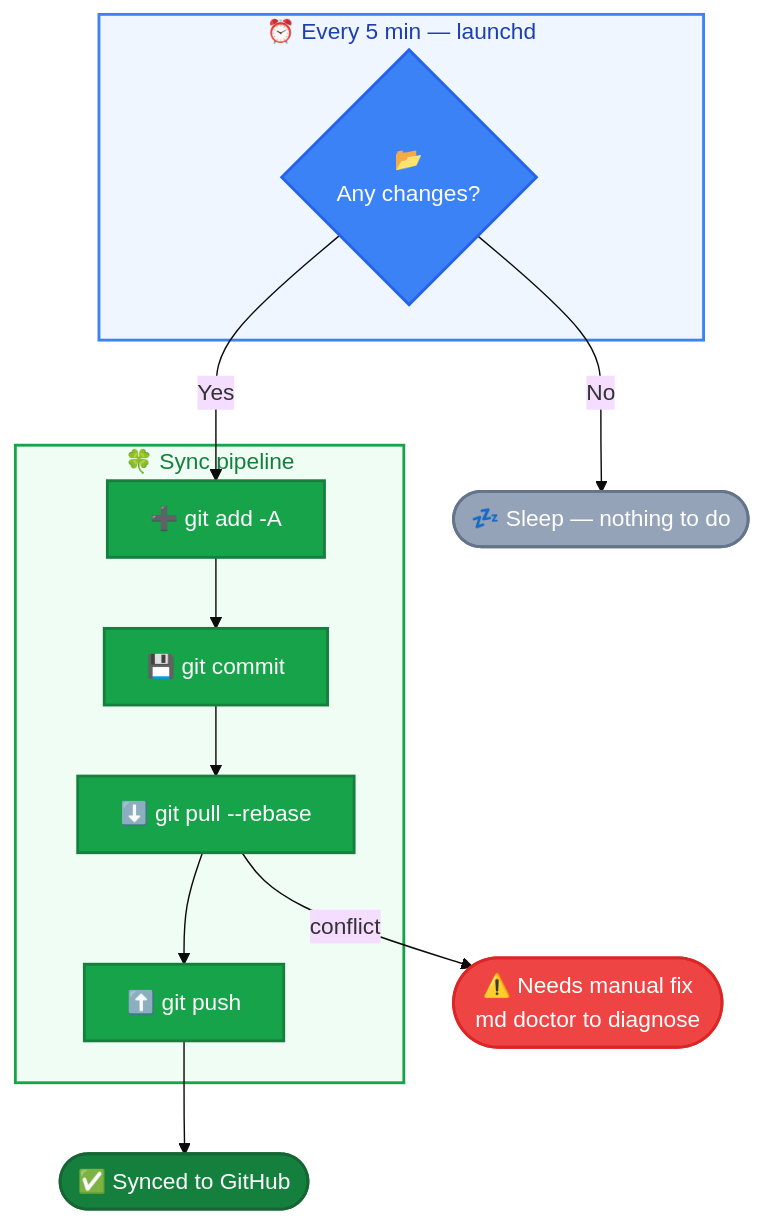
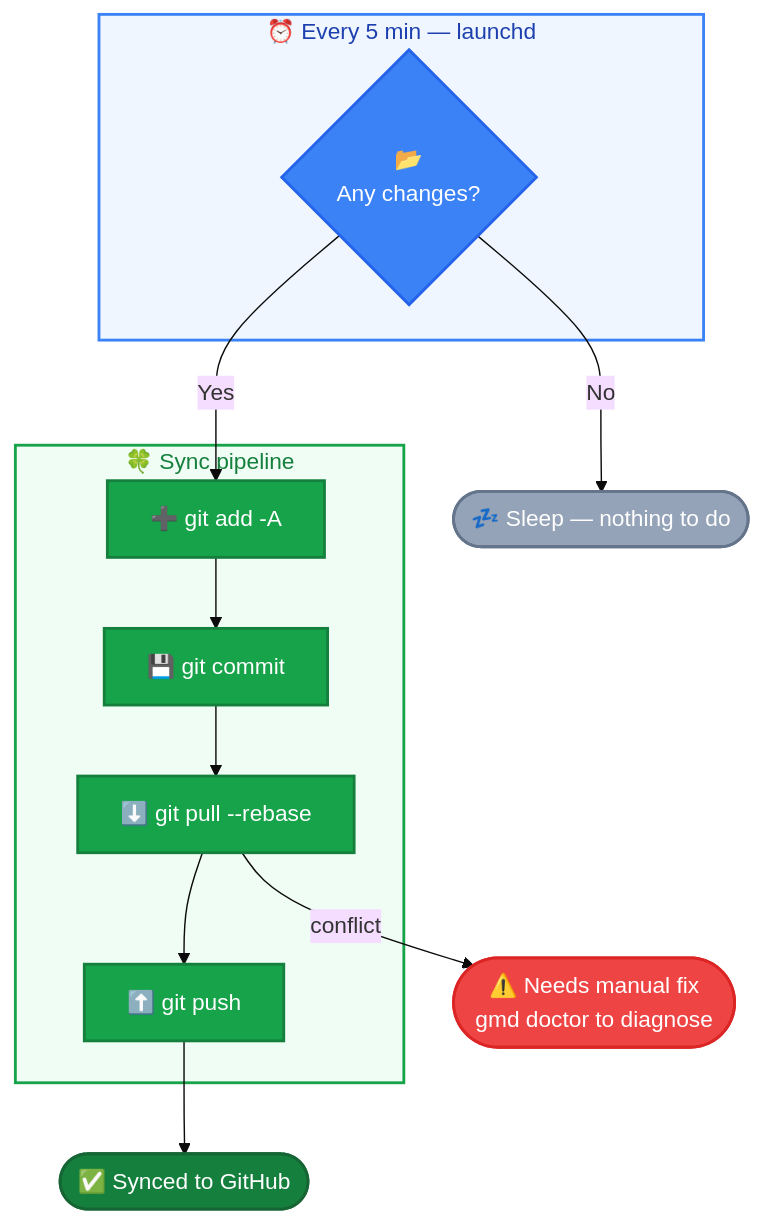
The second of 2 diagrams in README.md (yuukiLike/zeromd), drawn with Mermaid (base theme) before and after one commit. The commit also changed other lines of this file and 5 other files, not shown here.

````diff
--- a/README.md
+++ b/README.md
@@ -107,30 +111,30 @@
 ```mermaid
 flowchart TD
     subgraph trigger ["⏰ Every 5 min — launchd"]
         check{"📂<br/>Any changes?"}
     end
 
     subgraph sync ["🍀 Sync pipeline"]
         stage["➕ git add -A"]
         commit["💾 git commit"]
         pull["⬇️ git pull --rebase"]
         push["⬆️ git push"]
     end
 
     check -->|No| skip(["💤 Sleep — nothing to do"])
     check -->|Yes| stage
     stage --> commit --> pull --> push
     push --> done(["✅ Synced to GitHub"])
-    pull -->|conflict| err(["⚠️ Needs manual fix<br/>md doctor to diagnose"])
+    pull -->|conflict| err(["⚠️ Needs manual fix<br/>gmd doctor to diagnose"])
 
     style trigger fill:#eff6ff,stroke:#3b82f6,stroke-width:2px,color:#1e40af
     style sync fill:#f0fdf4,stroke:#16a34a,stroke-width:2px,color:#15803d
     style check fill:#3b82f6,color:#fff,stroke:#2563eb,stroke-width:2px
     style stage fill:#16a34a,color:#fff,stroke:#15803d,stroke-width:2px
     style commit fill:#16a34a,color:#fff,stroke:#15803d,stroke-width:2px
     style pull fill:#16a34a,color:#fff,stroke:#15803d,stroke-width:2px
     style push fill:#16a34a,color:#fff,stroke:#15803d,stroke-width:2px
     style skip fill:#94a3b8,color:#fff,stroke:#64748b,stroke-width:2px
     style done fill:#15803d,color:#fff,stroke:#166534,stroke-width:2px
     style err fill:#ef4444,color:#fff,stroke:#dc2626,stroke-width:2px
 ```
````
